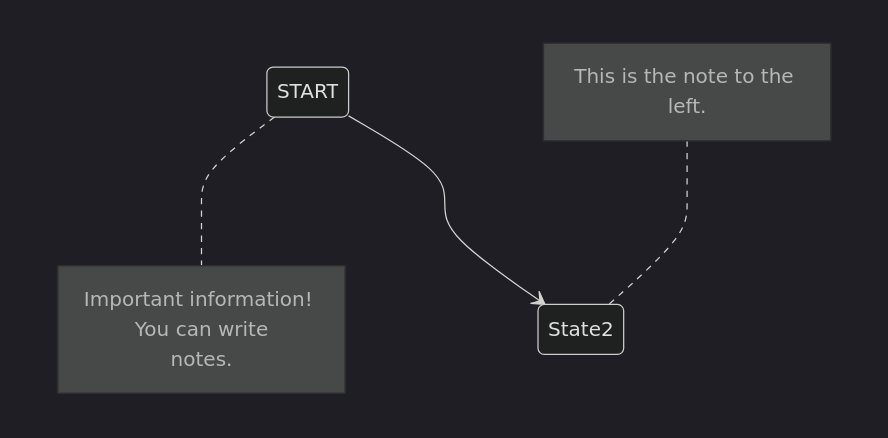
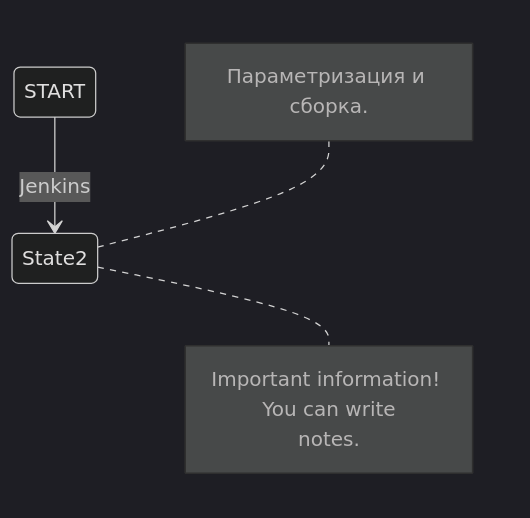
One commit to SergeevSergeiS/Wildberries changed the diagram in README.md. Above: the diagram before and after it, drawn with Mermaid (dark theme).

Commit message:
README.md created

````diff
--- a/README.md
+++ b/README.md
@@ -1,10 +1,11 @@
 ```mermaid        
     stateDiagram-v2
         State1: START
-        note right of State1
+        
+        State1 --> State2: Jenkins
+        note right of State2
             Important information! You can write
             notes.
         end note
-        State1 --> State2
-        note left of State2 : This is the note to the left.
+        note left of State2 : Параметризация и сборка.
 ```
````
